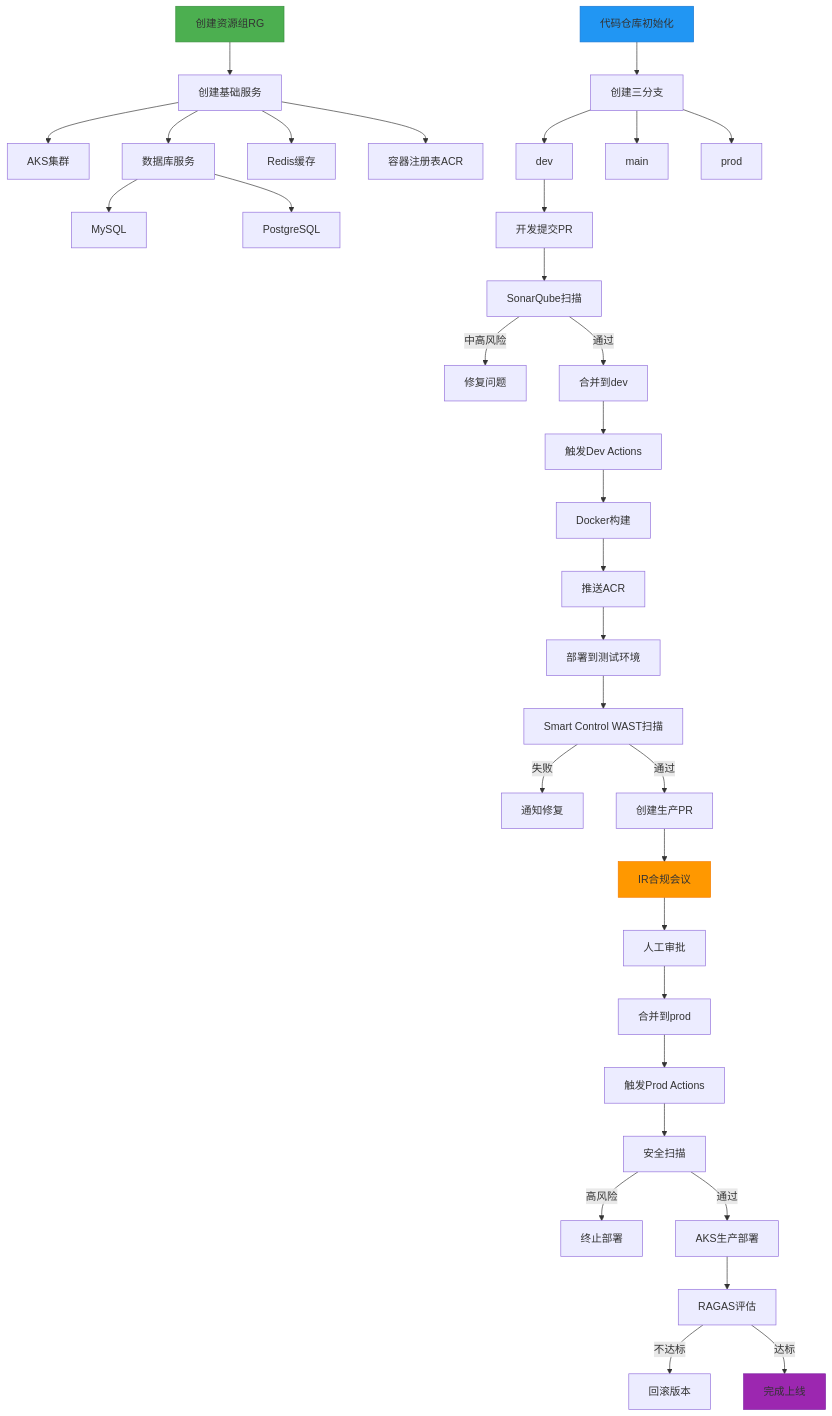
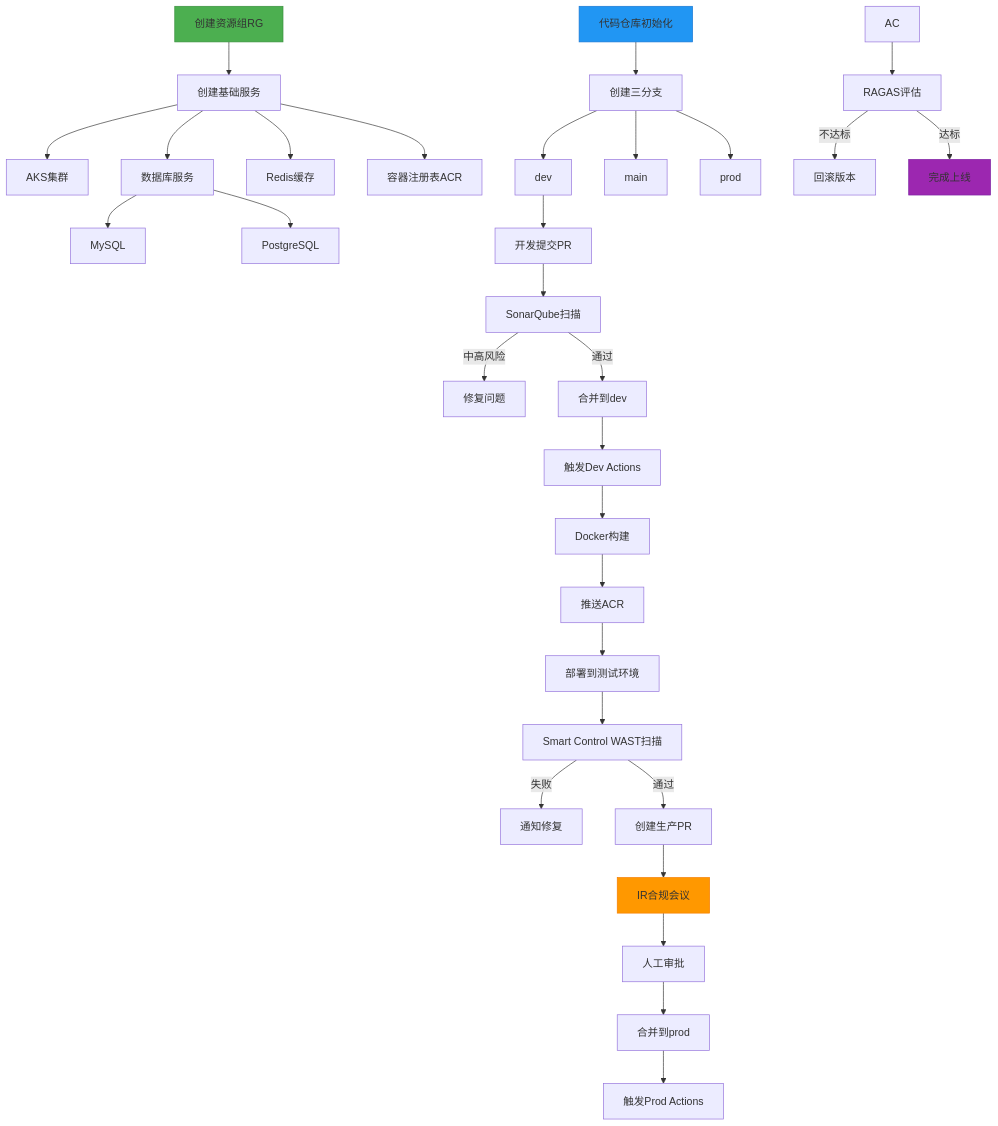
The diagram in all/未命名-1.md (funnyData/iodraw-files), drawn with Mermaid before and after one commit.

Commit message:
2025-02-27 01:17:00 update

````diff
--- a/all/未命名-1.md
+++ b/all/未命名-1.md
@@ -1,47 +1,47 @@
 ```mermaid
 graph TD
     A[创建资源组RG] --> B[创建基础服务]
     B --> C[AKS集群]
     B --> D[数据库服务]
     D --> DA[MySQL]
     D --> DB[PostgreSQL]
     B --> E[Redis缓存]
     B --> F[容器注册表ACR]
     
     G[代码仓库初始化] --> H[创建三分支]
     H --> I[dev]
     H --> J[main]
     H --> K[prod]
     
     I --> L[开发提交PR]
     L --> M[SonarQube扫描]
     M -->|中高风险| N[修复问题]
     M -->|通过| O[合并到dev]
     
     O --> P[触发Dev Actions]
     P --> Q[Docker构建]
     Q --> R[推送ACR]
     R --> S[部署到测试环境]
     
     S --> T[Smart Control WAST扫描]
     T -->|失败| U[通知修复]
     T -->|通过| V[创建生产PR]
     
     V --> W[IR合规会议]
     W --> X[人工审批]
     X --> Y[合并到prod]
     
     Y --> Z[触发Prod Actions]
-    Z --> AA[安全扫描]
-    AA -->|高风险| AB[终止部署]
-    AA -->|通过| AC[AKS生产部署]
+    %% Z --> AA[安全扫描]
+    %% AA -->|高风险| AB[终止部署]
+    %% AA -->|通过| AC[AKS生产部署]
     
     AC --> AD[RAGAS评估]
     AD -->|不达标| AE[回滚版本]
     AD -->|达标| AF[完成上线]
     
     style A fill:#4CAF50,stroke:#388E3C
     style G fill:#2196F3,stroke:#1976D2
     style W fill:#FF9800,stroke:#F57C00
     style AF fill:#9C27B0,stroke:#7B1FA2
 ```
````
